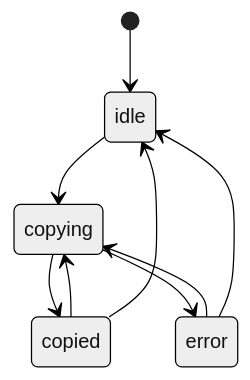
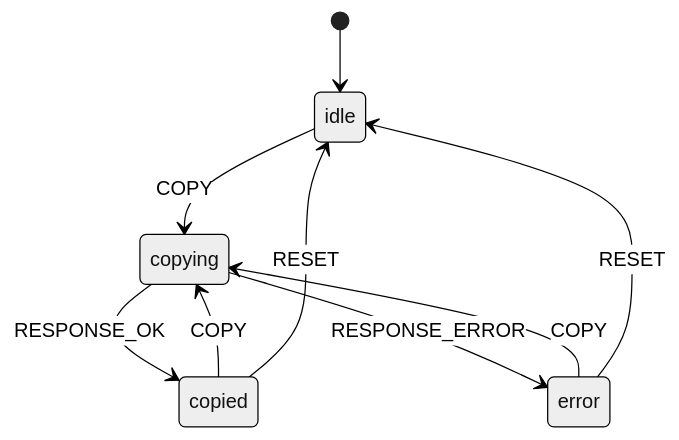
One commit to kody-hq/kody changed diagram 33 of 52 in docs/contributing/state-machines.md. Above: the diagram before and after it, drawn with Mermaid (neutral theme). The commit also changed other lines of this file and 78 other files, not shown here.

Commit message:
refactor: drive UI flows with XState actors

````diff
--- a/docs/contributing/state-machines.md
+++ b/docs/contributing/state-machines.md
@@ -1073,11 +1103,11 @@
 ```mermaid
 stateDiagram-v2
     [*] --> idle
-    idle --> copying
-    copying --> copied
-    copying --> error
-    copied --> copying
-    copied --> idle
-    error --> copying
-    error --> idle
+    idle --> copying: COPY
+    copying --> copied: RESPONSE_OK
+    copying --> error: RESPONSE_ERROR
+    copied --> copying: COPY
+    copied --> idle: RESET
+    error --> copying: COPY
+    error --> idle: RESET
 ```
````
